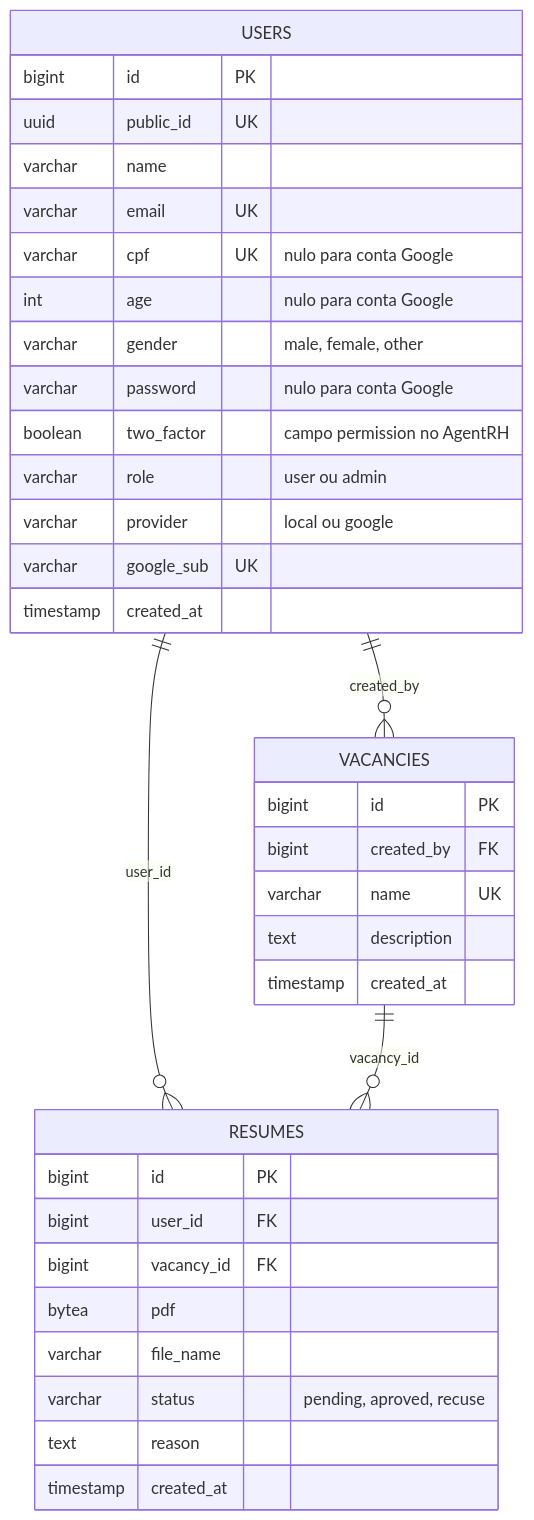
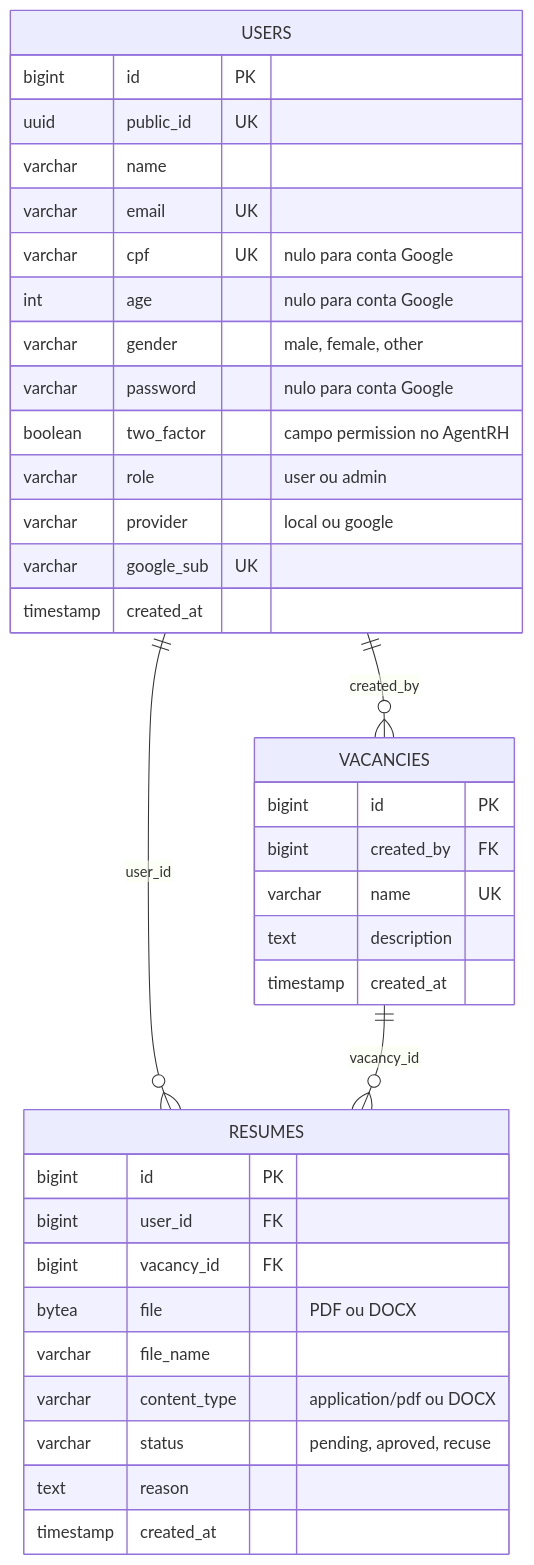
Before and after one commit to BrayanDevZN/RhHub: the third of 8 diagrams in DOCUMENTACAO.md, drawn with Mermaid. The commit also changed other lines of this file and 43 other files, not shown here.

````diff
--- a/DOCUMENTACAO.md
+++ b/DOCUMENTACAO.md
@@ -197,39 +197,40 @@
 ```mermaid
 erDiagram
     USERS ||--o{ VACANCIES : "created_by"
     USERS ||--o{ RESUMES : "user_id"
     VACANCIES ||--o{ RESUMES : "vacancy_id"
 
     USERS {
         bigint id PK
         uuid public_id UK
         varchar name
         varchar email UK
         varchar cpf UK "nulo para conta Google"
         int age "nulo para conta Google"
         varchar gender "male, female, other"
         varchar password "nulo para conta Google"
         boolean two_factor "campo permission no AgentRH"
         varchar role "user ou admin"
         varchar provider "local ou google"
         varchar google_sub UK
         timestamp created_at
     }
     VACANCIES {
         bigint id PK
         bigint created_by FK
         varchar name UK
         text description
         timestamp created_at
     }
     RESUMES {
         bigint id PK
         bigint user_id FK
         bigint vacancy_id FK
-        bytea pdf
+        bytea file "PDF ou DOCX"
         varchar file_name
+        varchar content_type "application/pdf ou DOCX"
         varchar status "pending, aproved, recuse"
         text reason
         timestamp created_at
     }
 ```
````
